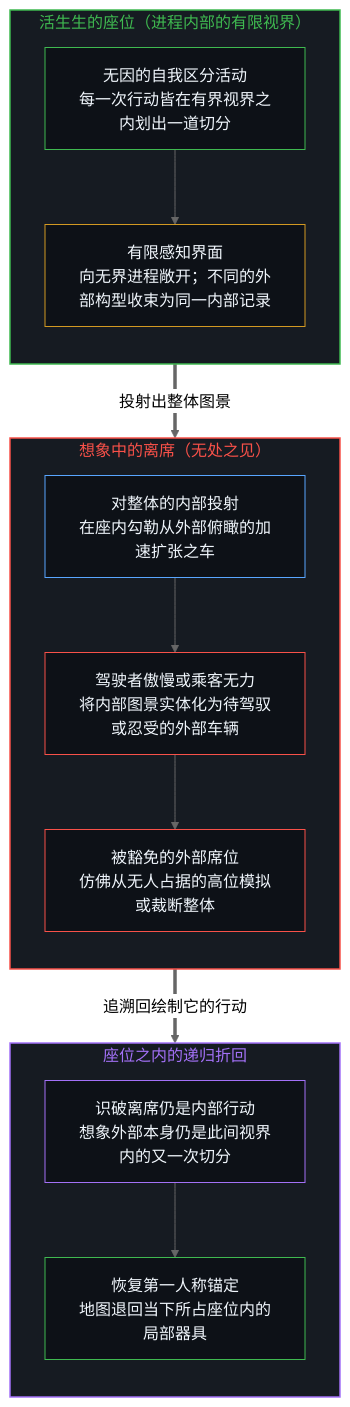
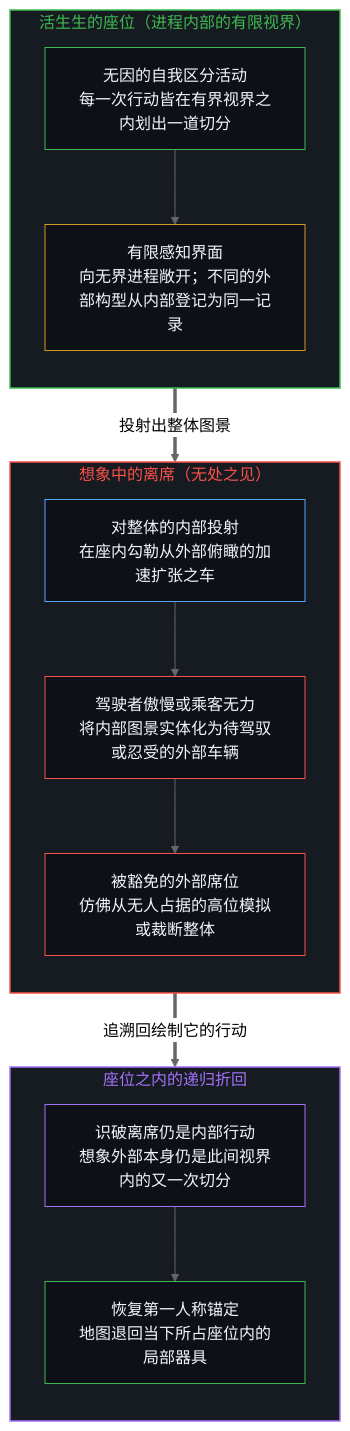
The first of 4 diagrams in content/posts/infinity-within-the-seat.md (powerpig99/not-a-toe), drawn with Mermaid (neutral theme) before and after one commit. The commit also changed other lines of this file and 24 other files, not shown here.

````diff
--- a/content/posts/infinity-within-the-seat.md
+++ b/content/posts/infinity-within-the-seat.md
@@ -25,34 +25,34 @@
 ```mermaid
 flowchart TD
     subgraph S_Seat["活生生的座位（进程内部的有限视界）"]
         direction TB
         M_Act["无因的自我区分活动<br/>每一次行动皆在有界视界之内划出一道切分"]
-        M_Horizon["有限感知界面<br/>向无界进程敞开；不同的外部构型收束为同一内部记录"]
+        M_Horizon["有限感知界面<br/>向无界进程敞开；不同的外部构型从内部登记为同一记录"]
         M_Act --> M_Horizon
     end
     subgraph S_Exit["想象中的离席（无处之见）"]
         direction TB
         E_Map["对整体的内部投射<br/>在座内勾勒从外部俯瞰的加速扩张之车"]
         E_Poles["驾驶者傲慢或乘客无力<br/>将内部图景实体化为待驾驭或忍受的外部车辆"]
         E_Throne["被豁免的外部席位<br/>仿佛从无人占据的高位模拟或裁断整体"]
         E_Map --> E_Poles --> E_Throne
     end
     subgraph S_Return["座位之内的递归折回"]
         direction TB
         R_Fold["识破离席仍是内部行动<br/>想象外部本身仍是此间视界内的又一次切分"]
         R_Anchor["恢复第一人称锚定<br/>地图退回当下所占座位内的局部器具"]
         R_Fold --> R_Anchor
     end
     M_Horizon ==>|"投射出整体图景"| E_Map
     E_Throne ==>|"追溯回绘制它的行动"| R_Fold
     style S_Seat fill:#161b22,stroke:#3fb950,stroke-width:1.5px,color:#3fb950
     style S_Exit fill:#161b22,stroke:#f85149,stroke-width:1.5px,color:#f85149
     style S_Return fill:#161b22,stroke:#a371f7,stroke-width:1.5px,color:#a371f7
     style M_Act fill:#0d1117,stroke:#3fb950,stroke-width:1px,color:#f0f6fc
     style M_Horizon fill:#0d1117,stroke:#d29922,stroke-width:1px,color:#f0f6fc
     style E_Map fill:#0d1117,stroke:#58a6ff,stroke-width:1px,color:#f0f6fc
     style E_Poles fill:#0d1117,stroke:#f85149,stroke-width:1px,color:#f0f6fc
     style E_Throne fill:#0d1117,stroke:#f85149,stroke-width:1px,color:#f0f6fc
     style R_Fold fill:#0d1117,stroke:#a371f7,stroke-width:1px,color:#f0f6fc
     style R_Anchor fill:#0d1117,stroke:#3fb950,stroke-width:1px,color:#f0f6fc
 ```
````
